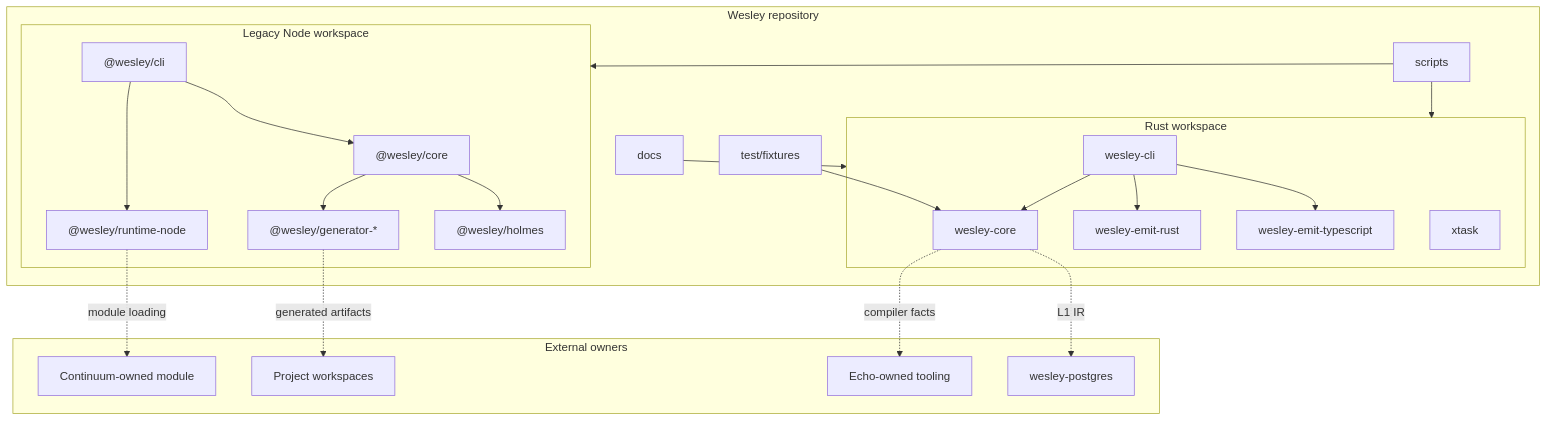
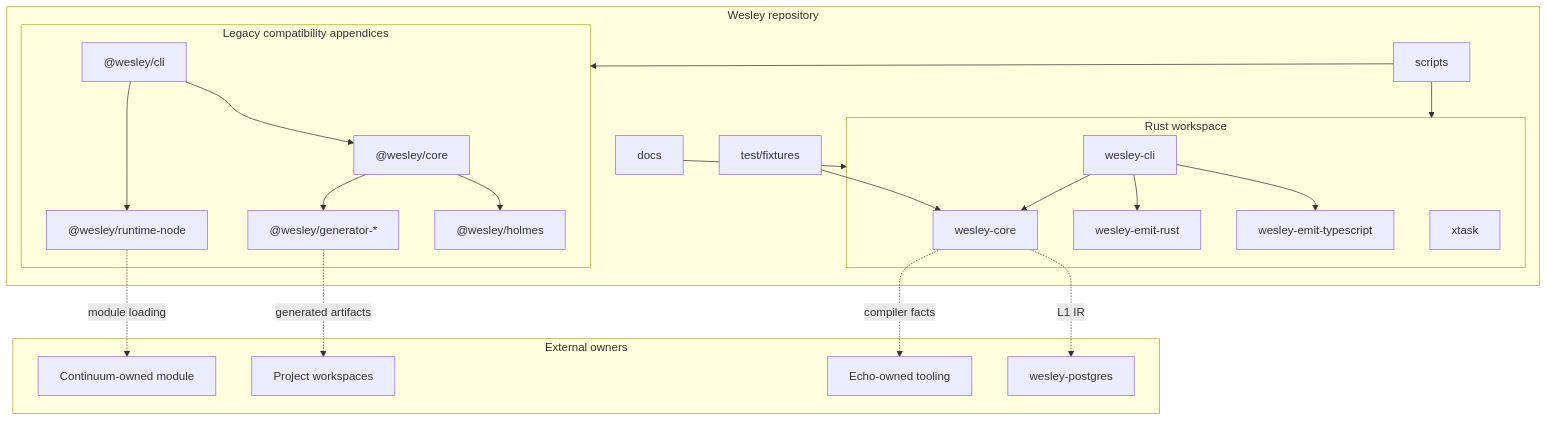
Diagram 20 of 24 in docs/END_TO_END.md (flyingrobots/wesley), drawn with Mermaid before and after one commit. The commit also changed other lines of this file and 54 other files, not shown here.

````diff
--- a/docs/END_TO_END.md
+++ b/docs/END_TO_END.md
@@ -873,48 +873,48 @@
 ```mermaid
 flowchart TB
     subgraph Repo["Wesley repository"]
         Docs[docs]
         Fixtures[test/fixtures]
         Scripts[scripts]
 
         subgraph Rust["Rust workspace"]
             Core[wesley-core]
             NativeCli[wesley-cli]
             EmitRust[wesley-emit-rust]
             EmitTS[wesley-emit-typescript]
             Xtask[xtask]
         end
 
-        subgraph Node["Legacy Node workspace"]
+        subgraph Node["Legacy compatibility appendices"]
             JsCore["@wesley/core"]
             JsCli["@wesley/cli"]
             Runtime["@wesley/runtime-node"]
             JsGenerators["@wesley/generator-*"]
             Holmes["@wesley/holmes"]
         end
     end
 
     subgraph External["External owners"]
         Echo[Echo-owned tooling]
         Postgres[wesley-postgres]
         Continuum[Continuum-owned module]
         Apps[Project workspaces]
     end
 
     Docs --> Rust
     Fixtures --> Core
     Scripts --> Rust
     Scripts --> Node
     NativeCli --> Core
     NativeCli --> EmitRust
     NativeCli --> EmitTS
     JsCli --> Runtime
     JsCli --> JsCore
     JsCore --> JsGenerators
     JsCore --> Holmes
 
     Core -. compiler facts .-> Echo
     Core -. L1 IR .-> Postgres
     Runtime -. module loading .-> Continuum
     JsGenerators -. generated artifacts .-> Apps
 ```
````
